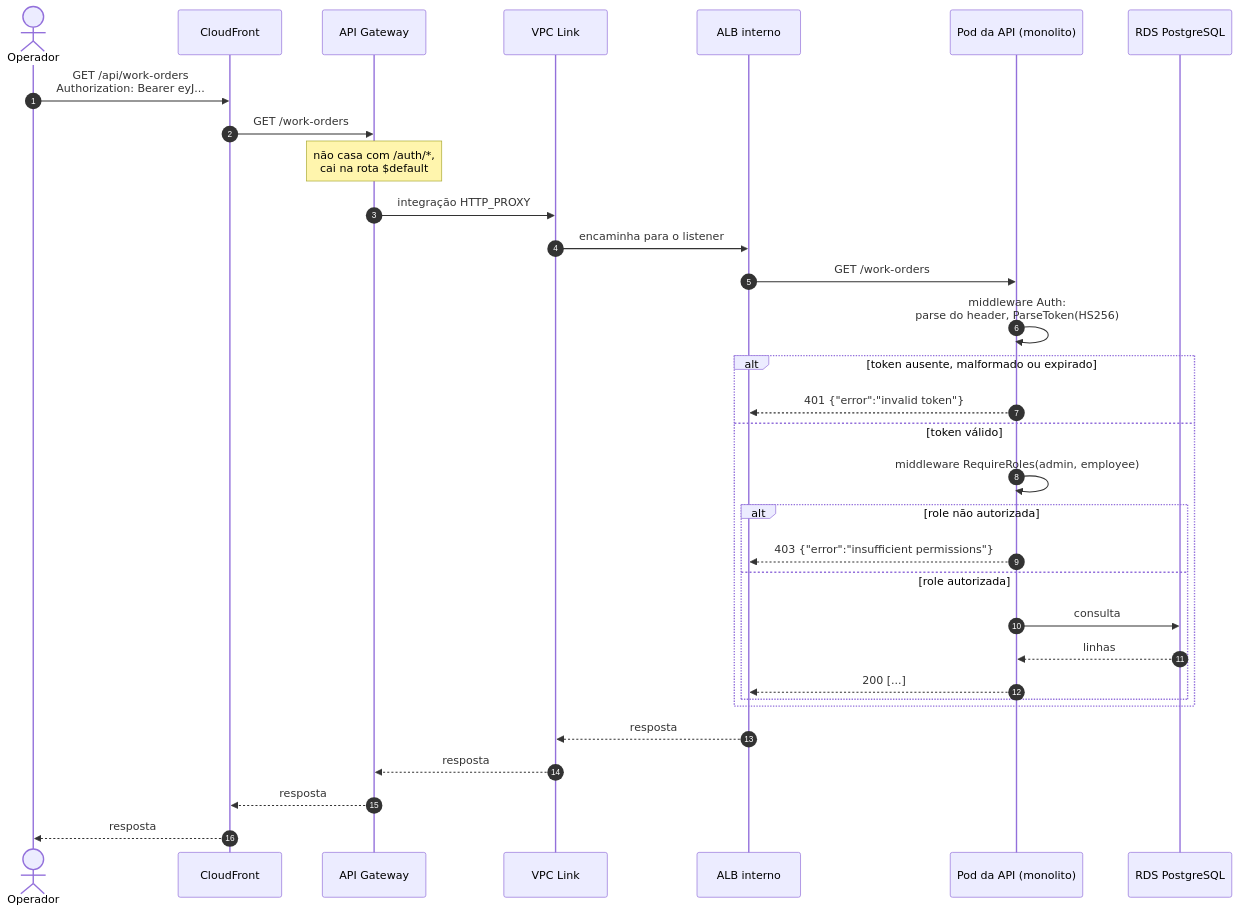
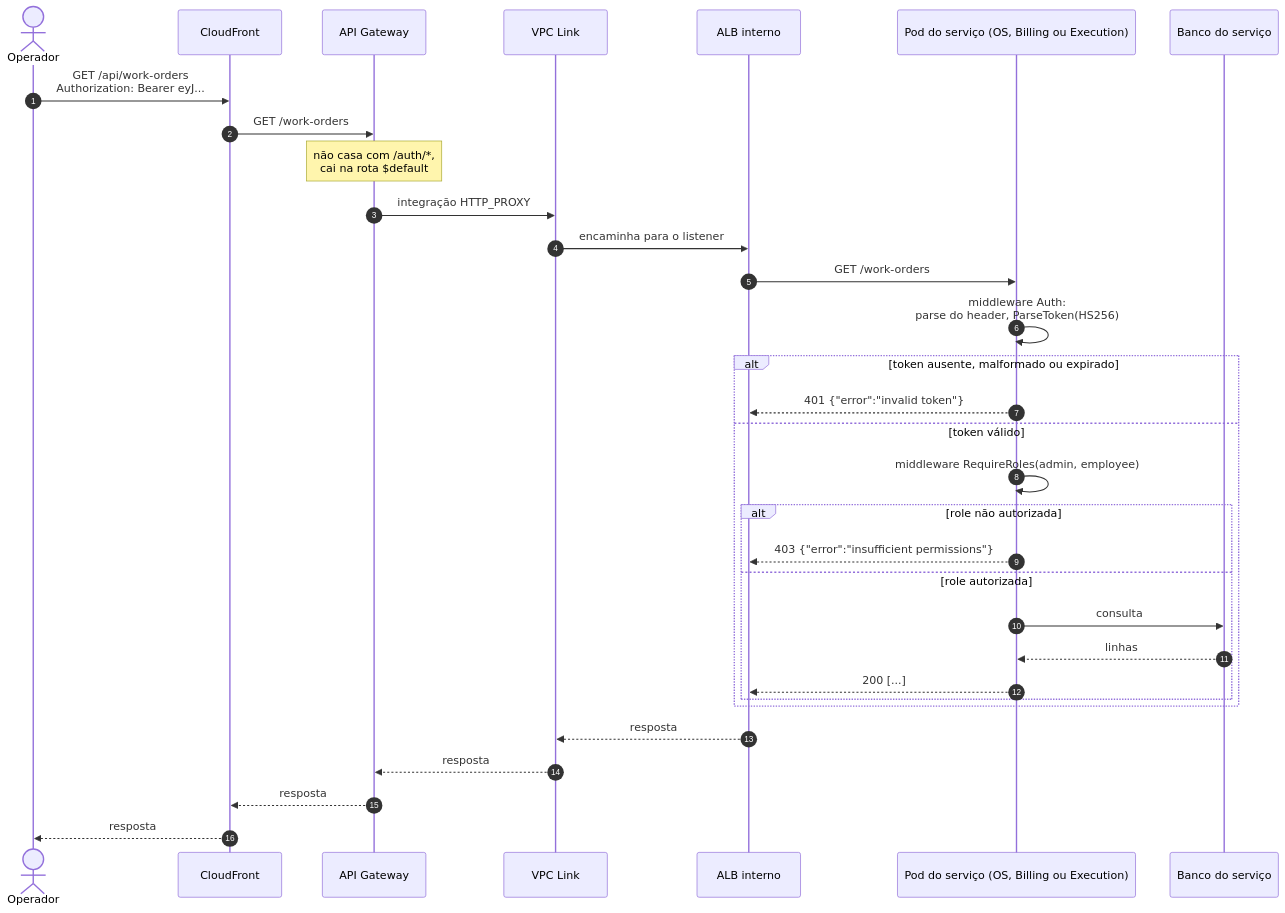
The second of 2 diagrams in docs/diagramas/sequencia-autenticacao.md (SOAT-15-Oficina/oficina-mecanica-infrastructure), drawn with Mermaid before and after one commit. The commit also changed other lines of this file and 4 other files, not shown here.

First line of the commit message:
Atualiza README e diagramas para a plataforma da Fase 4

````diff
--- a/docs/diagramas/sequencia-autenticacao.md
+++ b/docs/diagramas/sequencia-autenticacao.md
@@ -67,36 +69,36 @@
 ```mermaid
 sequenceDiagram
     autonumber
     actor OP as Operador
     participant CF as CloudFront
     participant GW as API Gateway
     participant VL as VPC Link
     participant ALB as ALB interno
-    participant API as Pod da API (monolito)
-    participant DB as RDS PostgreSQL
+    participant API as Pod do serviço (OS, Billing ou Execution)
+    participant DB as Banco do serviço
 
     OP->>CF: GET /api/work-orders<br/>Authorization: Bearer eyJ...
     CF->>GW: GET /work-orders
     Note over GW: não casa com /auth/*,<br/>cai na rota $default
     GW->>VL: integração HTTP_PROXY
     VL->>ALB: encaminha para o listener
     ALB->>API: GET /work-orders
 
     API->>API: middleware Auth:<br/>parse do header, ParseToken(HS256)
     alt token ausente, malformado ou expirado
         API-->>ALB: 401 {"error":"invalid token"}
     else token válido
         API->>API: middleware RequireRoles(admin, employee)
         alt role não autorizada
             API-->>ALB: 403 {"error":"insufficient permissions"}
         else role autorizada
             API->>DB: consulta
             DB-->>API: linhas
             API-->>ALB: 200 [...]
         end
     end
     ALB-->>VL: resposta
     VL-->>GW: resposta
     GW-->>CF: resposta
     CF-->>OP: resposta
 ```
````
